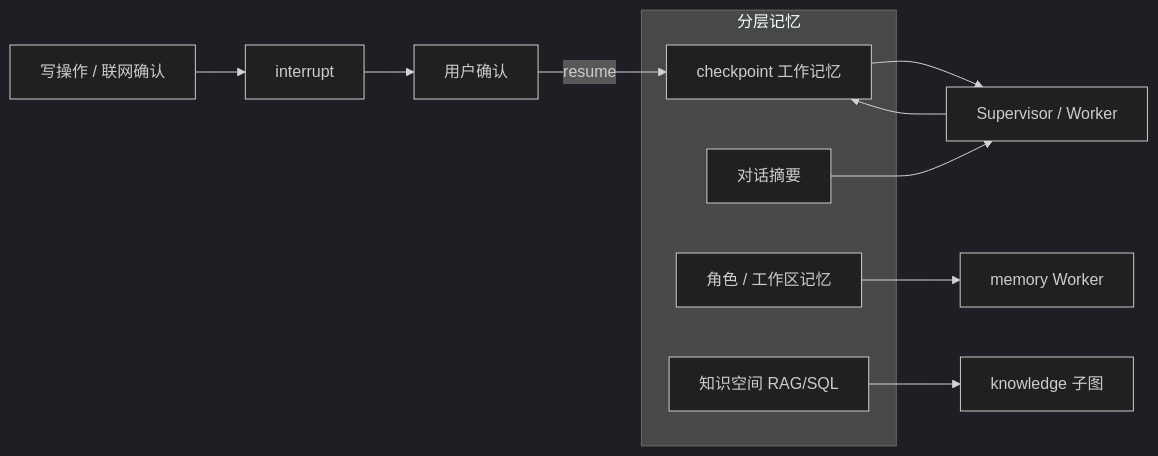
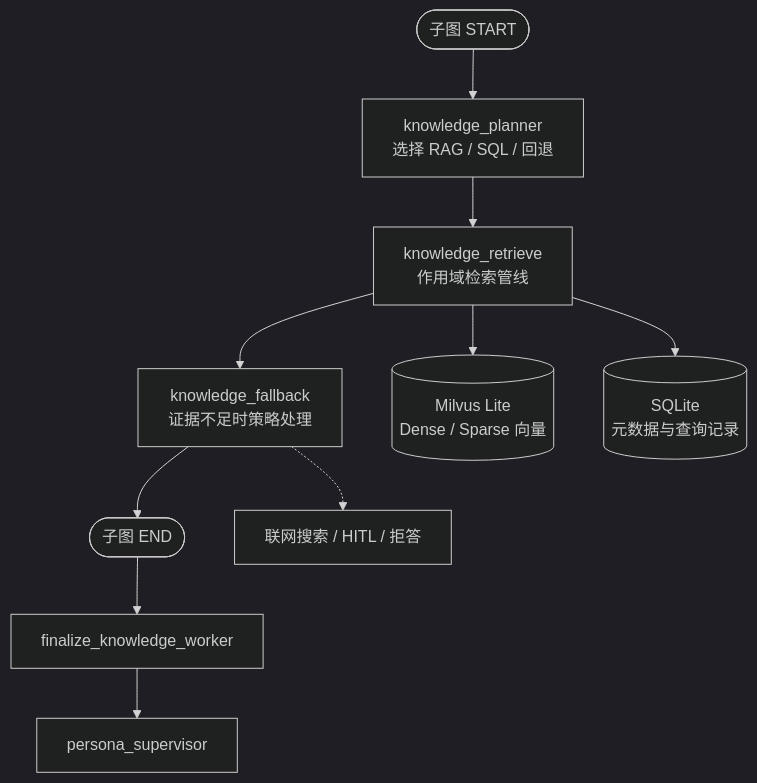
The fifth of 5 diagrams in README.md (TKGEKKOU/yumeno), drawn with Mermaid (dark theme) before and after one commit. The commit also changed other lines of this file and 10 other files, not shown here.

Commit message:
docs: refine README and architecture diagrams

````diff
--- a/README.md
+++ b/README.md
@@ -129,18 +214,18 @@
 ```mermaid
-%% 分层记忆 + HITL 绑定 checkpoint
-flowchart LR
-  subgraph Mem[分层记忆]
-    CK[checkpoint 工作记忆]
-    SUM[对话摘要]
-    PM[角色 / 工作区记忆]
-    KS[知识空间 RAG/SQL]
-  end
-  S[Supervisor / Worker] --> CK
-  CK --> S
-  SUM --> S
-  PM --> MW[memory Worker]
-  KS --> KW[knowledge 子图]
-  Write[写操作 / 联网确认] --> INT[interrupt]
-  INT --> User[用户确认]
-  User -->|resume| CK
+%% knowledge_worker 是 Planner + 确定性检索子图
+flowchart TD
+  START([子图 START]) --> P[knowledge_planner
+选择 RAG / SQL / 回退]
+  P --> R[knowledge_retrieve
+作用域检索管线]
+  R --> F[knowledge_fallback
+证据不足时策略处理]
+  F --> END([子图 END])
+  R --> VEC[(Milvus Lite
+Dense / Sparse 向量)]
+  R --> SQL[(SQLite
+元数据与查询记录)]
+  F -.-> WEB[联网搜索 / HITL / 拒答]
+  END --> FINAL[finalize_knowledge_worker]
+  FINAL --> SUP[persona_supervisor]
 ```
````
